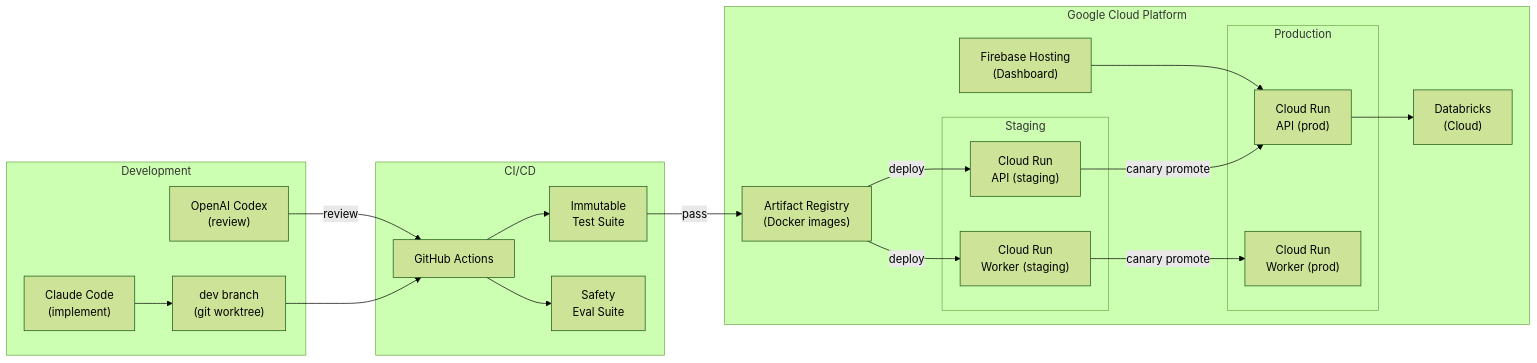
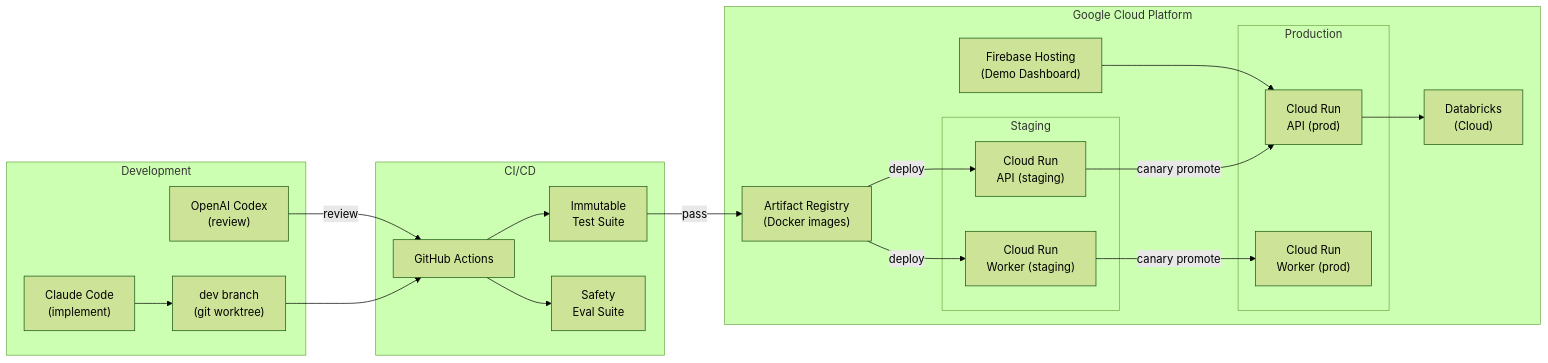
One commit to wilsonwolf/ask_mary changed the fourth of 10 diagrams in local_docs/ask_mary_plan.md. Above: the diagram before and after it, drawn with Mermaid (forest theme). The commit also changed other lines of this file and 1 other file, not shown here.

First line of the commit message:
docs: identity DTMF flow, Lovable→Claude Code, safety gate latency, checklist update

````diff
--- a/local_docs/ask_mary_plan.md
+++ b/local_docs/ask_mary_plan.md
@@ -669,41 +693,41 @@
 ```mermaid
 graph LR
     subgraph "Development"
         DEV_BRANCH["dev branch<br/>(git worktree)"]
         CC["Claude Code<br/>(implement)"]
         CODEX["OpenAI Codex<br/>(review)"]
     end
 
     subgraph "CI/CD"
         GH["GitHub Actions"]
         TESTS["Immutable<br/>Test Suite"]
         SAFETY["Safety<br/>Eval Suite"]
     end
 
     subgraph "Google Cloud Platform"
         AR["Artifact Registry<br/>(Docker images)"]
         subgraph "Staging"
             STG_API["Cloud Run<br/>API (staging)"]
             STG_WORKER["Cloud Run<br/>Worker (staging)"]
         end
         subgraph "Production"
             PROD_API["Cloud Run<br/>API (prod)"]
             PROD_WORKER["Cloud Run<br/>Worker (prod)"]
         end
-        FB["Firebase Hosting<br/>(Dashboard)"]
+        FB["Firebase Hosting<br/>(Demo Dashboard)"]
         DB_CLOUD["Databricks<br/>(Cloud)"]
     end
 
     CC --> DEV_BRANCH
     DEV_BRANCH --> GH
     CODEX -->|review| GH
     GH --> TESTS
     GH --> SAFETY
     TESTS -->|pass| AR
     AR -->|deploy| STG_API
     AR -->|deploy| STG_WORKER
     STG_API -->|canary promote| PROD_API
     STG_WORKER -->|canary promote| PROD_WORKER
     PROD_API --> DB_CLOUD
     FB --> PROD_API
 ```
````
